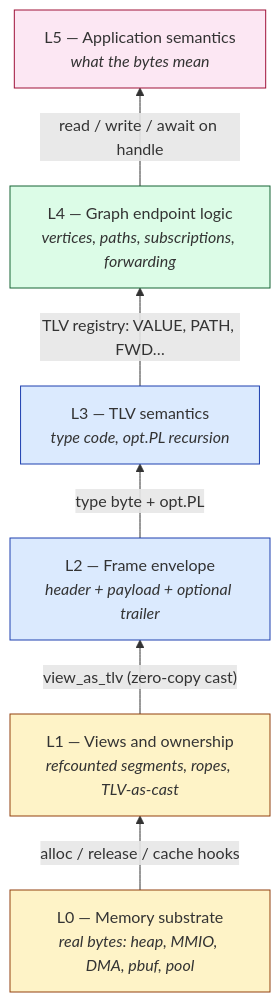
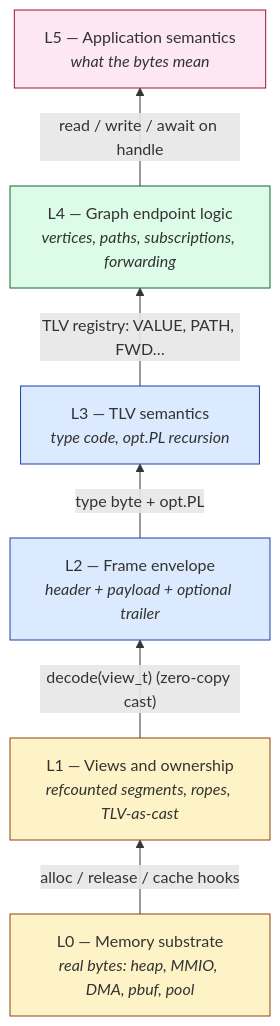
The first of 3 diagrams in docs/reference/02-graph-model.md (avatarsd-llc/libtracer), drawn with Mermaid before and after one commit. The commit also changed 25 other files, not shown here.

First line of the commit message:
refactor(wire)!: fold view_as_tlv into a decode(view_t) overload

````diff
--- a/docs/reference/02-graph-model.md
+++ b/docs/reference/02-graph-model.md
@@ -44,20 +44,20 @@
 ```mermaid
 flowchart BT
     L0["L0 — Memory substrate<br/><i>real bytes: heap, MMIO, DMA, pbuf, pool</i>"]
     L1["L1 — Views and ownership<br/><i>refcounted segments, ropes, TLV-as-cast</i>"]
     L2["L2 — Frame envelope<br/><i>header + payload + optional trailer</i>"]
     L3["L3 — TLV semantics<br/><i>type code, opt.PL recursion</i>"]
     L4["L4 — Graph endpoint logic<br/><i>vertices, paths, subscriptions, forwarding</i>"]
     L5["L5 — Application semantics<br/><i>what the bytes mean</i>"]
     L0 -- "alloc / release / cache hooks" --> L1
-    L1 -- "view_as_tlv (zero-copy cast)" --> L2
+    L1 -- "decode(view_t) (zero-copy cast)" --> L2
     L2 -- "type byte + opt.PL" --> L3
     L3 -- "TLV registry: VALUE, PATH, FWD…" --> L4
     L4 -- "read / write / await on handle" --> L5
     style L0 fill:#fef3c7,stroke:#92400e
     style L1 fill:#fef3c7,stroke:#92400e
     style L2 fill:#dbeafe,stroke:#1e40af
     style L3 fill:#dbeafe,stroke:#1e40af
     style L4 fill:#dcfce7,stroke:#166534
     style L5 fill:#fce7f3,stroke:#9f1239
 ```
````
